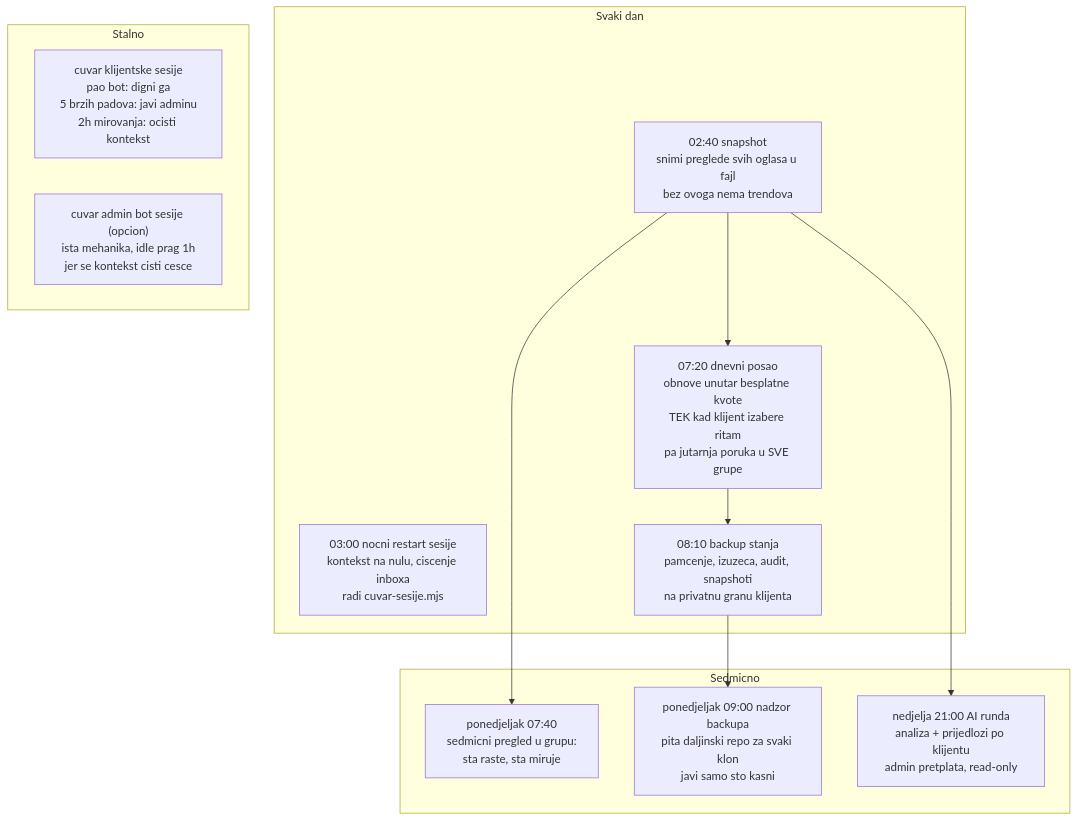
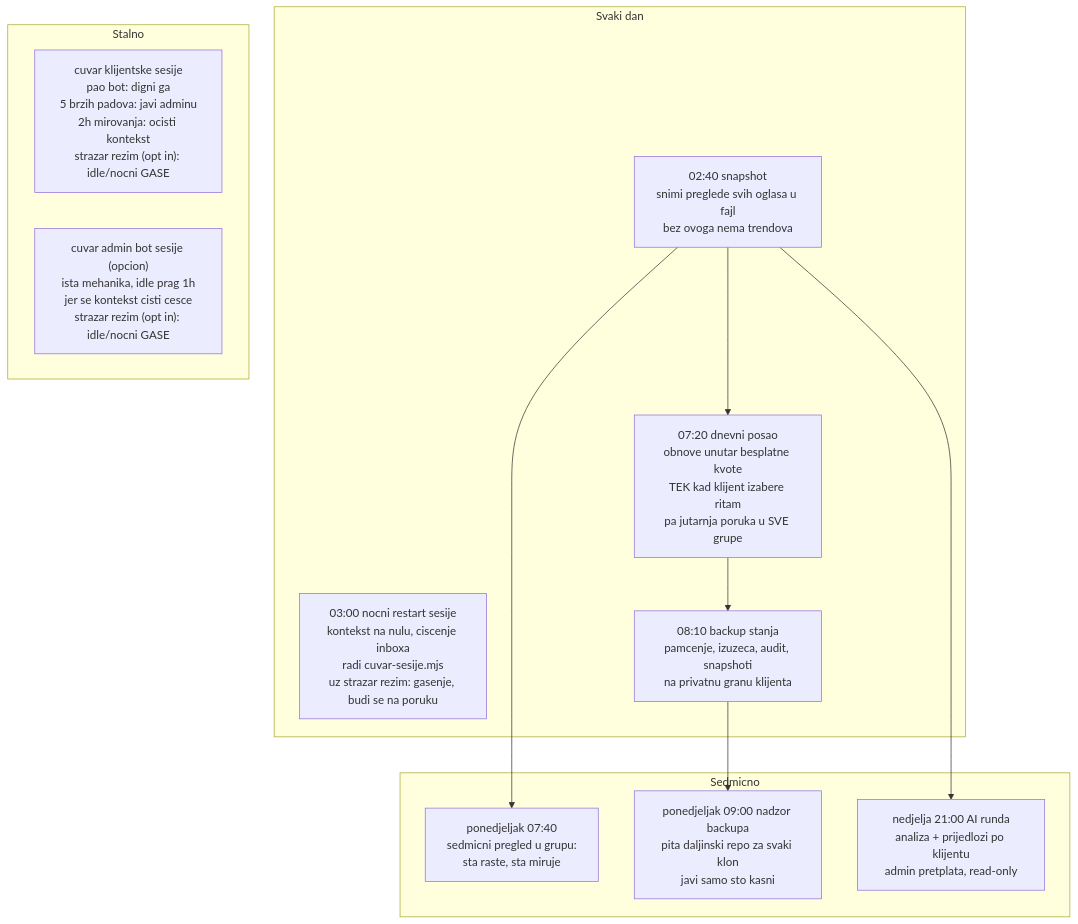
The third of 4 diagrams in olx-dokumentacija/arhitektura.md (mob-dev-org/olx-mcp-api), drawn with Mermaid before and after one commit. The commit also changed other lines of this file and 4 other files, not shown here.

First line of the commit message:
Strazar rezim u pravilima, arhitekturi i env primjeru

````diff
--- a/olx-dokumentacija/arhitektura.md
+++ b/olx-dokumentacija/arhitektura.md
@@ -101,24 +101,24 @@
 ```mermaid
 flowchart TB
     subgraph dan["Svaki dan"]
         s1["02:40 snapshot<br/>snimi preglede svih oglasa u fajl<br/>bez ovoga nema trendova"]
-        s2["03:00 nocni restart sesije<br/>kontekst na nulu, ciscenje inboxa<br/>radi cuvar-sesije.mjs"]
+        s2["03:00 nocni restart sesije<br/>kontekst na nulu, ciscenje inboxa<br/>radi cuvar-sesije.mjs<br/>uz strazar rezim: gasenje, budi se na poruku"]
         s3["07:20 dnevni posao<br/>obnove unutar besplatne kvote<br/>TEK kad klijent izabere ritam<br/>pa jutarnja poruka u SVE grupe"]
         s8["08:10 backup stanja<br/>pamcenje, izuzeca, audit, snapshoti<br/>na privatnu granu klijenta"]
     end
     subgraph sedmica["Sedmicno"]
         s4["ponedjeljak 07:40<br/>sedmicni pregled u grupu:<br/>sta raste, sta miruje"]
         s9["ponedjeljak 09:00 nadzor backupa<br/>pita daljinski repo za svaki klon<br/>javi samo sto kasni"]
         s5["nedjelja 21:00 AI runda<br/>analiza + prijedlozi po klijentu<br/>admin pretplata, read-only"]
     end
     subgraph stalno["Stalno"]
-        s6["cuvar klijentske sesije<br/>pao bot: digni ga<br/>5 brzih padova: javi adminu<br/>2h mirovanja: ocisti kontekst"]
-        s7["cuvar admin bot sesije (opcion)<br/>ista mehanika, idle prag 1h<br/>jer se kontekst cisti cesce"]
+        s6["cuvar klijentske sesije<br/>pao bot: digni ga<br/>5 brzih padova: javi adminu<br/>2h mirovanja: ocisti kontekst<br/>strazar rezim (opt in): idle/nocni GASE"]
+        s7["cuvar admin bot sesije (opcion)<br/>ista mehanika, idle prag 1h<br/>jer se kontekst cisti cesce<br/>strazar rezim (opt in): idle/nocni GASE"]
     end
 
     s1 --> s3
     s3 --> s8
     s1 --> s4
     s1 --> s5
     s8 --> s9
 ```
````
